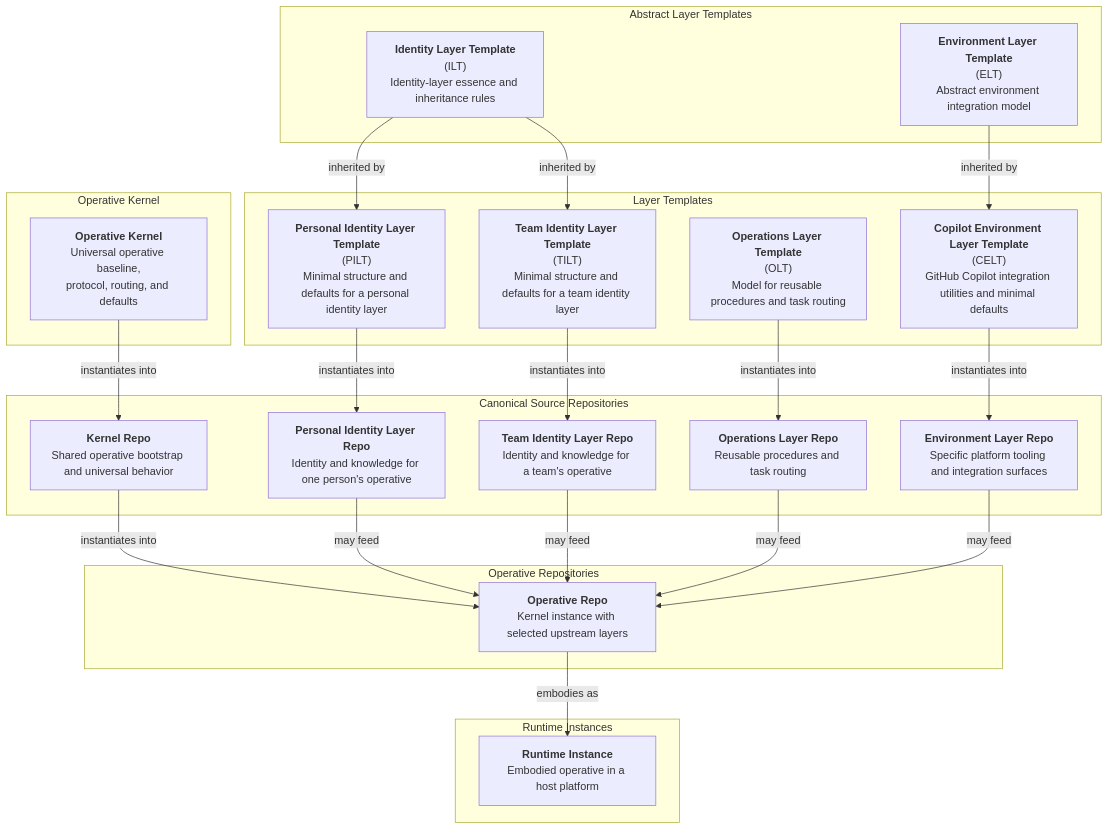
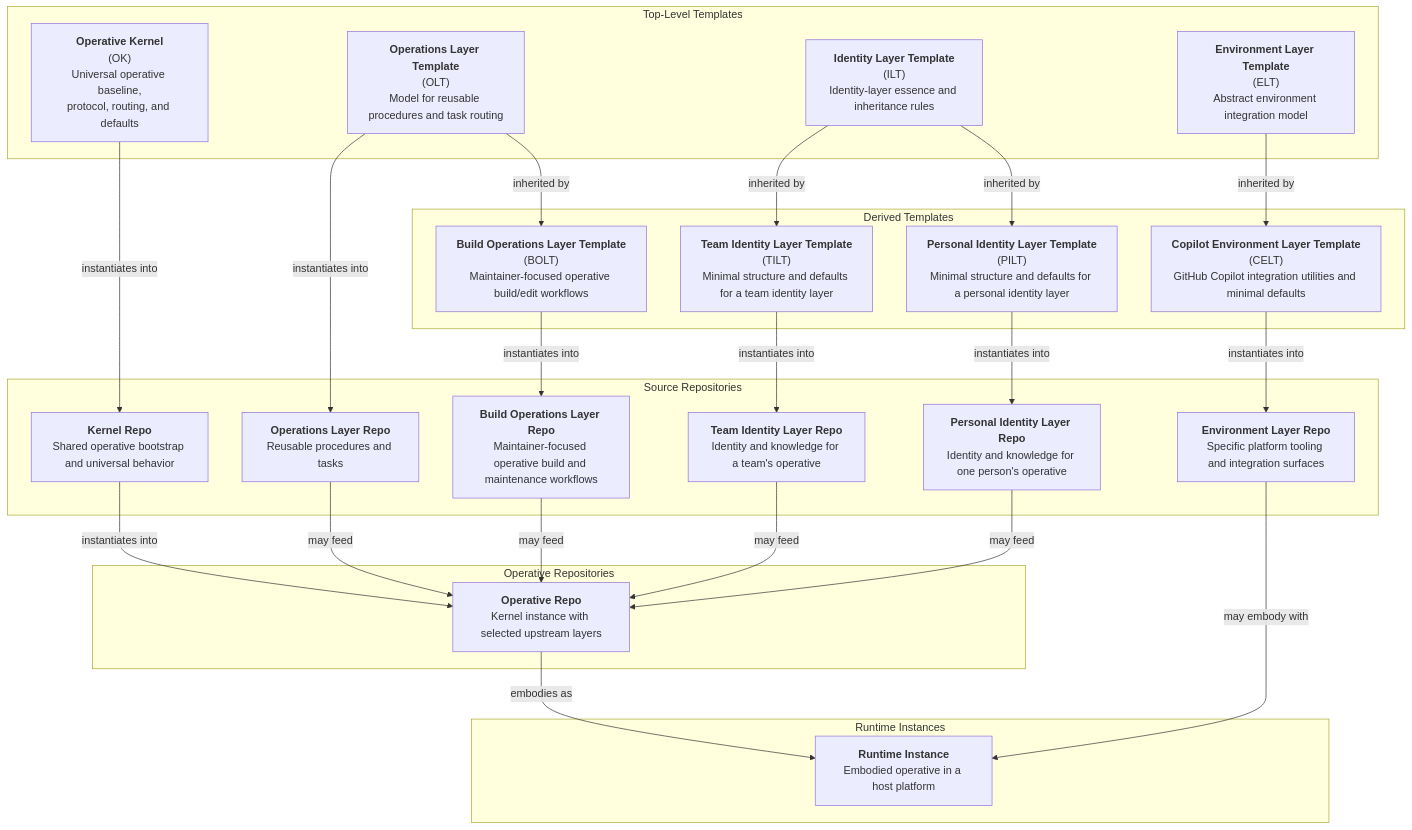
One commit to jack-indaboks/ai-operative-system changed the diagram in ARCHITECTURE.md. Above: the diagram before and after it, drawn with Mermaid. The commit also changed other lines of this file and 4 other files, not shown here.

Commit message:
ARCHITECTURE clean-up + BOLT

````diff
--- a/ARCHITECTURE.md
+++ b/ARCHITECTURE.md
@@ -119,52 +17,55 @@
 ```mermaid
 flowchart TD
-   subgraph KernelLayer[Operative Kernel]
-      KRN["<b>Operative Kernel</b><br>Universal operative baseline,<br>protocol, routing, and defaults"]
-   end
 
-   subgraph AbstractTemplates[Abstract Layer Templates]
+   subgraph TopLevelTemplates[Top-Level Templates]
+      OK["<b>Operative Kernel</b><br>(OK)<br>Universal operative baseline,<br>protocol, routing, and defaults"]
+      OLT["<b>Operations Layer Template</b><br>(OLT)<br>Model for reusable procedures and task routing"]
       ILT["<b>Identity Layer Template</b><br>(ILT)<br>Identity-layer essence and inheritance rules"]
       ELT["<b>Environment Layer Template</b><br>(ELT)<br>Abstract environment integration model"]
    end
 
-   subgraph LayerTemplates[Layer Templates]
-      OLT["<b>Operations Layer Template</b><br>(OLT)<br>Model for reusable procedures and task routing"]
-      PILT["<b>Personal Identity Layer Template</b><br>(PILT)<br>Minimal structure and defaults for a personal identity layer"]
-      TILT["<b>Team Identity Layer Template</b><br>(TILT)<br>Minimal structure and defaults for a team identity layer"]
-      CELT["<b>Copilot Environment Layer Template</b><br>(CELT)<br>GitHub Copilot integration utilities and minimal defaults"]
+   subgraph DerivedTemplates[Derived Templates]
+      BOLT["<b>Build&nbsp;Operations&nbsp;Layer&nbsp;Template</b><br>(BOLT)<br>Maintainer-focused operative build/edit workflows"]
+      PILT["<b>Personal&nbsp;Identity&nbsp;Layer&nbsp;Template</b><br>(PILT)<br>Minimal structure and defaults for a personal identity layer"]
+      TILT["<b>Team&nbsp;Identity&nbsp;Layer&nbsp;Template</b><br>(TILT)<br>Minimal structure and defaults for a team identity layer"]
+      CELT["<b>Copilot&nbsp;Environment&nbsp;Layer&nbsp;Template</b><br>(CELT)<br>GitHub Copilot integration utilities and minimal defaults"]
    end
 
-   subgraph SourceRepos[Canonical Source Repositories]
+   subgraph SourceRepos[Source Repositories]
       KRR["<b>Kernel Repo</b><br>Shared operative bootstrap and universal behavior"]
+      TIL["<b>Team Identity Layer Repo</b><br>Identity and knowledge for a team's operative"]
       PIL["<b>Personal Identity Layer Repo</b><br>Identity and knowledge for one person's operative"]
-      TIL["<b>Team Identity Layer Repo</b><br>Identity and knowledge for a team's operative"]
-      OPR["<b>Operations Layer Repo</b><br>Reusable procedures and task routing"]
       ELR["<b>Environment Layer Repo</b><br>Specific platform tooling and integration surfaces"]
+      BOR["<b>Build Operations Layer Repo</b><br>Maintainer-focused operative build and maintenance workflows"]
+      OPR["<b>Operations Layer Repo</b><br>Reusable procedures and tasks"]
    end
 
    subgraph OperativeRepos[Operative Repositories]
       OPRT["<b>Operative Repo</b><br>Kernel instance with selected upstream layers"]
    end
 
    subgraph RuntimeLayer[Runtime Instances]
       OP["<b>Runtime Instance</b><br>Embodied operative in a host platform"]
    end
 
-   KRN -->|instantiates into| KRR
+   OK -->|instantiates into| KRR
    ILT -->|inherited by| PILT
+   OLT -->|inherited by| BOLT
    ILT -->|inherited by| TILT
    ELT -->|inherited by| CELT
    OLT -->|instantiates into| OPR
 
+   BOLT -->|instantiates into| BOR
    PILT -->|instantiates into| PIL
    TILT -->|instantiates into| TIL
    CELT -->|instantiates into| ELR
 
    KRR -->|instantiates into| OPRT
+   BOR -->|may feed| OPRT
    PIL -->|may feed| OPRT
    TIL -->|may feed| OPRT
    OPR -->|may feed| OPRT
-   ELR -->|may feed| OPRT
+   ELR -->|may embody with| OP
 
    OPRT -->|embodies as| OP
 ```
````
